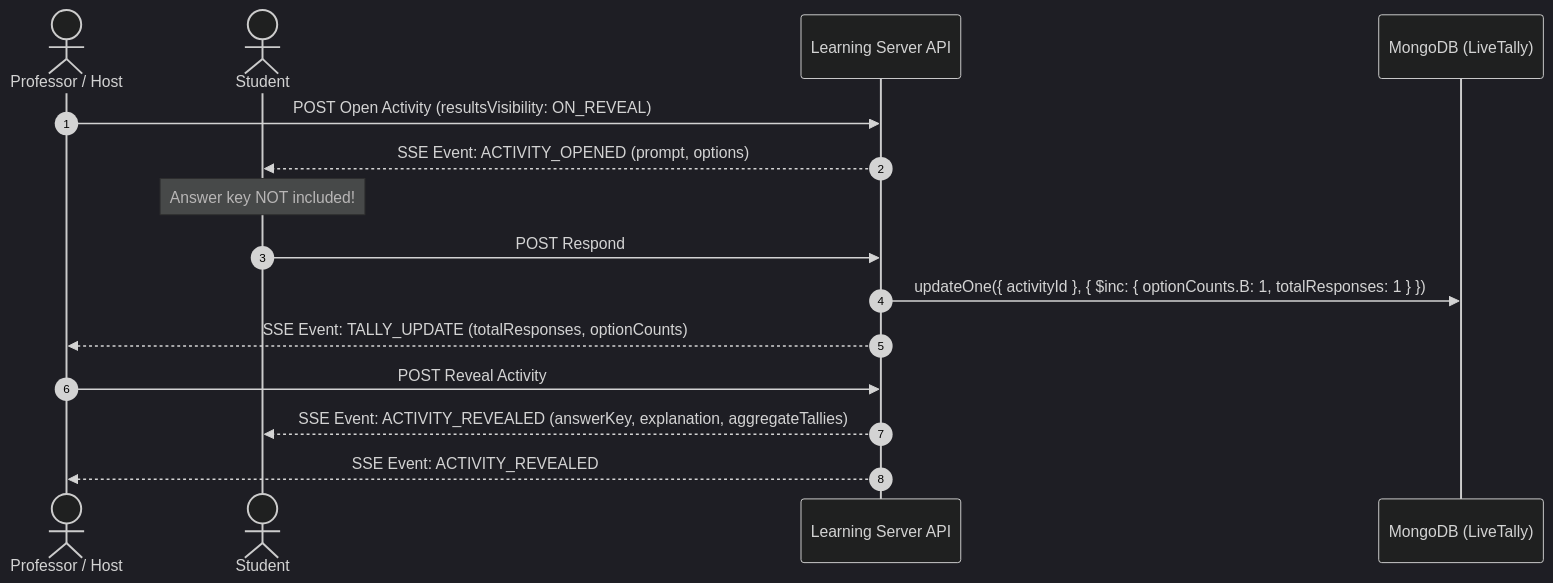
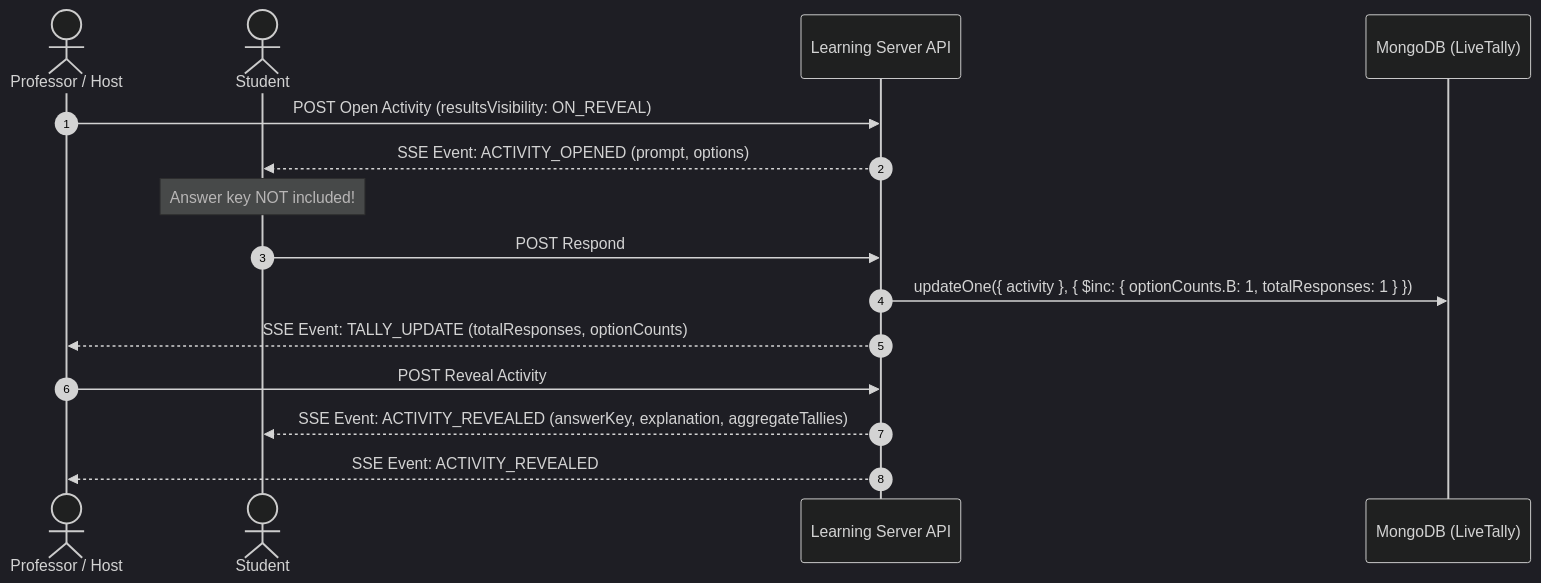
The sixth of 9 diagrams in docs/learning-module.md (Aarathi1535/assignment_evaluation-IIIT-Hyd), drawn with Mermaid (dark theme) before and after one commit. The commit also changed other lines of this file, not shown here.

Commit message:
docs(learning): align TopicEdge, TagSuggestion, LiveResponse schemas and Q10-14 numbering with issue #244

````diff
--- a/docs/learning-module.md
+++ b/docs/learning-module.md
@@ -424,20 +434,20 @@
 ```mermaid
 sequenceDiagram
     autonumber
     actor Prof as Professor / Host
     actor Stud as Student
     participant Svr as Learning Server API
     participant DB as MongoDB (LiveTally)
 
     Prof->>Svr: POST Open Activity (resultsVisibility: ON_REVEAL)
     Svr-->>Stud: SSE Event: ACTIVITY_OPENED (prompt, options)
     Note over Stud: Answer key NOT included!
 
     Stud->>Svr: POST Respond
-    Svr->>DB: updateOne({ activityId }, { $inc: { optionCounts.B: 1, totalResponses: 1 } })
+    Svr->>DB: updateOne({ activity }, { $inc: { optionCounts.B: 1, totalResponses: 1 } })
     Svr-->>Prof: SSE Event: TALLY_UPDATE (totalResponses, optionCounts)
 
     Prof->>Svr: POST Reveal Activity
     Svr-->>Stud: SSE Event: ACTIVITY_REVEALED (answerKey, explanation, aggregateTallies)
     Svr-->>Prof: SSE Event: ACTIVITY_REVEALED
 ```
````
